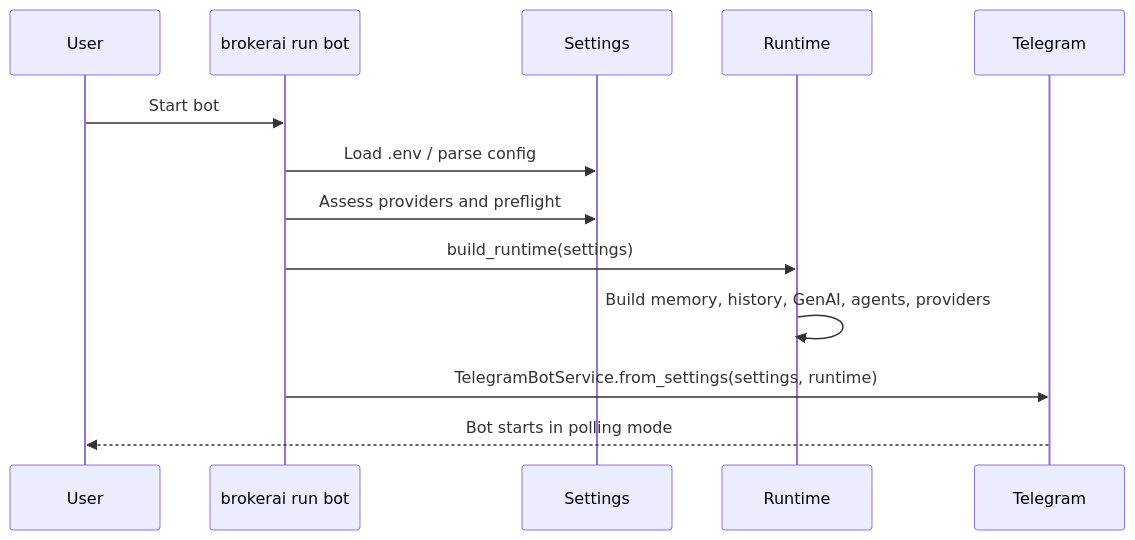
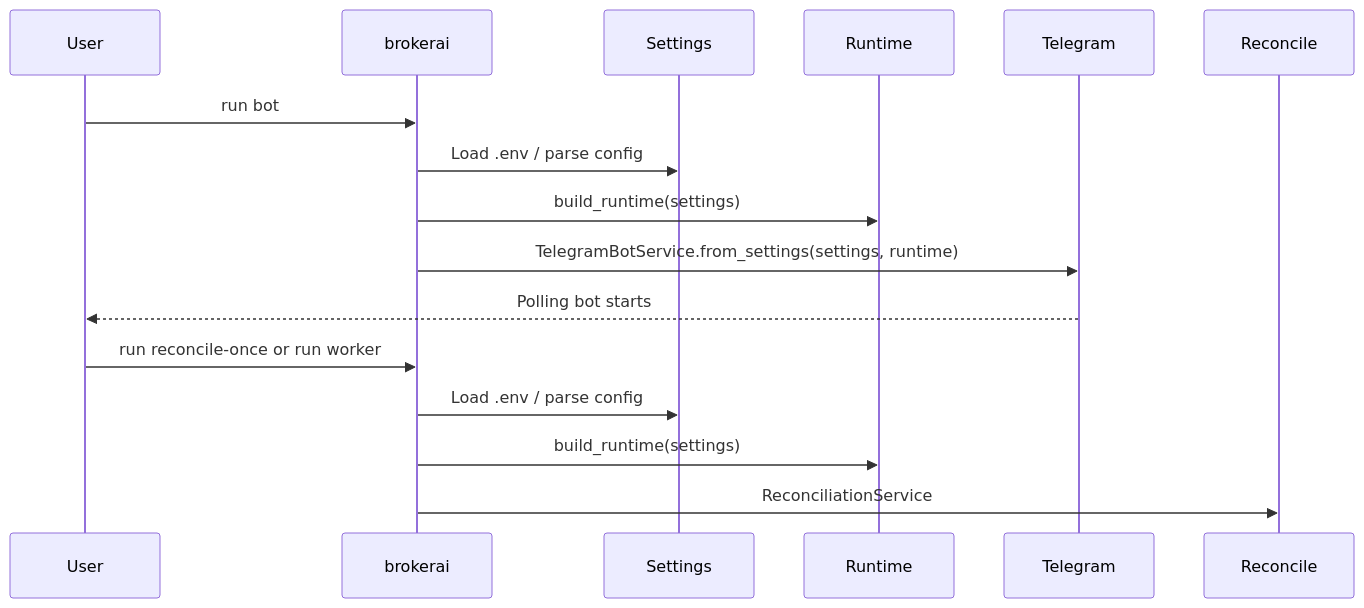
The third of 8 diagrams in docs/ARCHITECTURE_DIAGRAMS.md (applebar17/T212AI), drawn with Mermaid before and after one commit. The commit also changed other lines of this file and 1 other file, not shown here.

````diff
--- a/docs/ARCHITECTURE_DIAGRAMS.md
+++ b/docs/ARCHITECTURE_DIAGRAMS.md
@@ -88,16 +95,20 @@
 ```mermaid
 sequenceDiagram
     participant User
-    participant CLI as brokerai run bot
+    participant CLI as brokerai
     participant Settings
     participant Runtime
     participant Telegram
+    participant Reconcile
 
-    User->>CLI: Start bot
+    User->>CLI: run bot
     CLI->>Settings: Load .env / parse config
-    CLI->>Settings: Assess providers and preflight
     CLI->>Runtime: build_runtime(settings)
-    Runtime->>Runtime: Build memory, history, GenAI, agents, providers
     CLI->>Telegram: TelegramBotService.from_settings(settings, runtime)
-    Telegram-->>User: Bot starts in polling mode
+    Telegram-->>User: Polling bot starts
+
+    User->>CLI: run reconcile-once or run worker
+    CLI->>Settings: Load .env / parse config
+    CLI->>Runtime: build_runtime(settings)
+    CLI->>Reconcile: ReconciliationService
 ```
````
